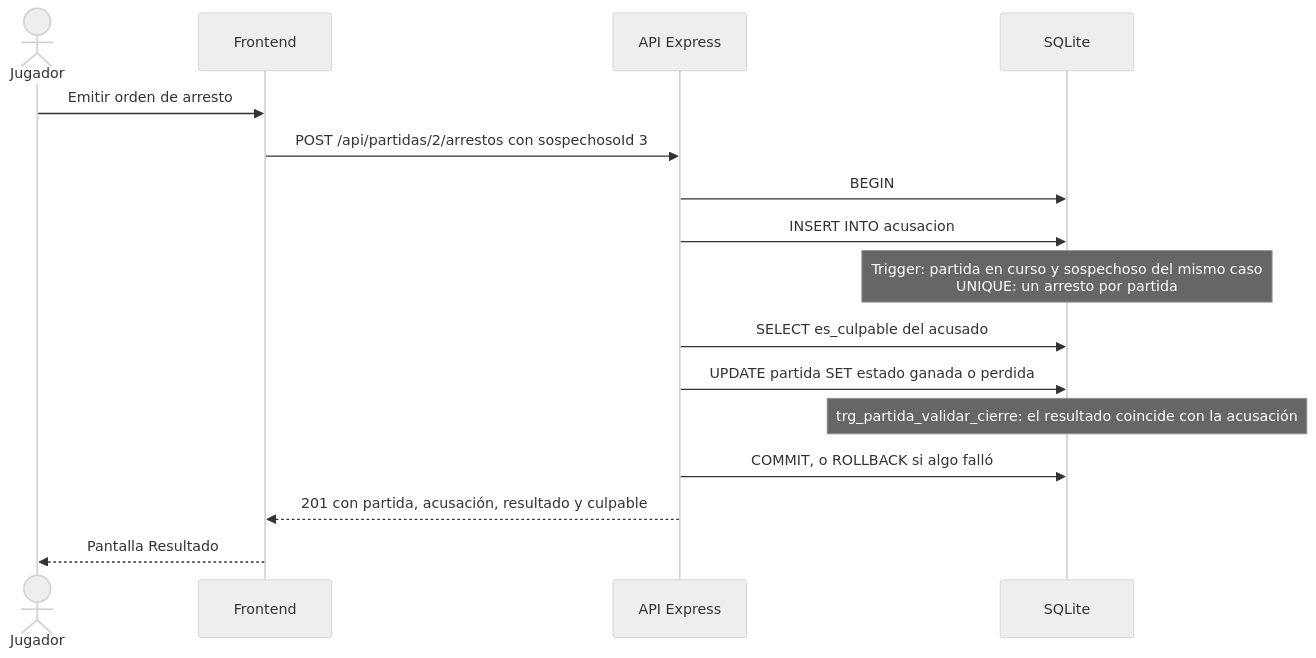
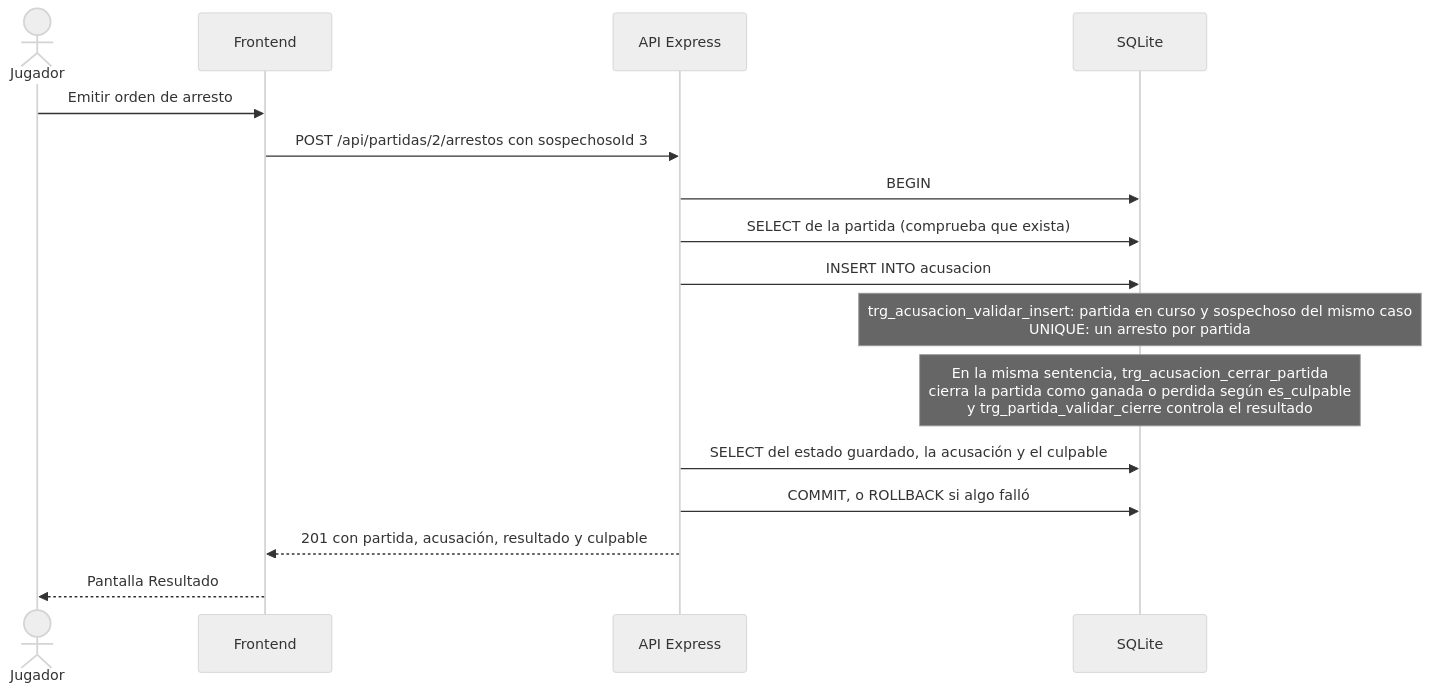
One commit to NachoBasilio/Detective-SQL changed the first of 2 diagrams in docs/README-documentacion.md. Above: the diagram before and after it, drawn with Mermaid (neutral theme). The commit also changed other lines of this file and 1 other file, not shown here.

Commit message:
docs: sincronizar el README y el informe con las correcciones de auditoría

````diff
--- a/docs/README-documentacion.md
+++ b/docs/README-documentacion.md
@@ -117,18 +117,18 @@
 ```mermaid
 sequenceDiagram
     actor J as Jugador
     participant F as Frontend
     participant A as API Express
     participant B as SQLite
     J->>F: Emitir orden de arresto
     F->>A: POST /api/partidas/2/arrestos con sospechosoId 3
     A->>B: BEGIN
+    A->>B: SELECT de la partida (comprueba que exista)
     A->>B: INSERT INTO acusacion
-    Note over B: Trigger: partida en curso y sospechoso del mismo caso<br/>UNIQUE: un arresto por partida
-    A->>B: SELECT es_culpable del acusado
-    A->>B: UPDATE partida SET estado ganada o perdida
-    Note over B: trg_partida_validar_cierre: el resultado coincide con la acusación
+    Note over B: trg_acusacion_validar_insert: partida en curso y sospechoso del mismo caso<br/>UNIQUE: un arresto por partida
+    Note over B: En la misma sentencia, trg_acusacion_cerrar_partida<br/>cierra la partida como ganada o perdida según es_culpable<br/>y trg_partida_validar_cierre controla el resultado
+    A->>B: SELECT del estado guardado, la acusación y el culpable
     A->>B: COMMIT, o ROLLBACK si algo falló
     A-->>F: 201 con partida, acusación, resultado y culpable
     F-->>J: Pantalla Resultado
 ```
````
